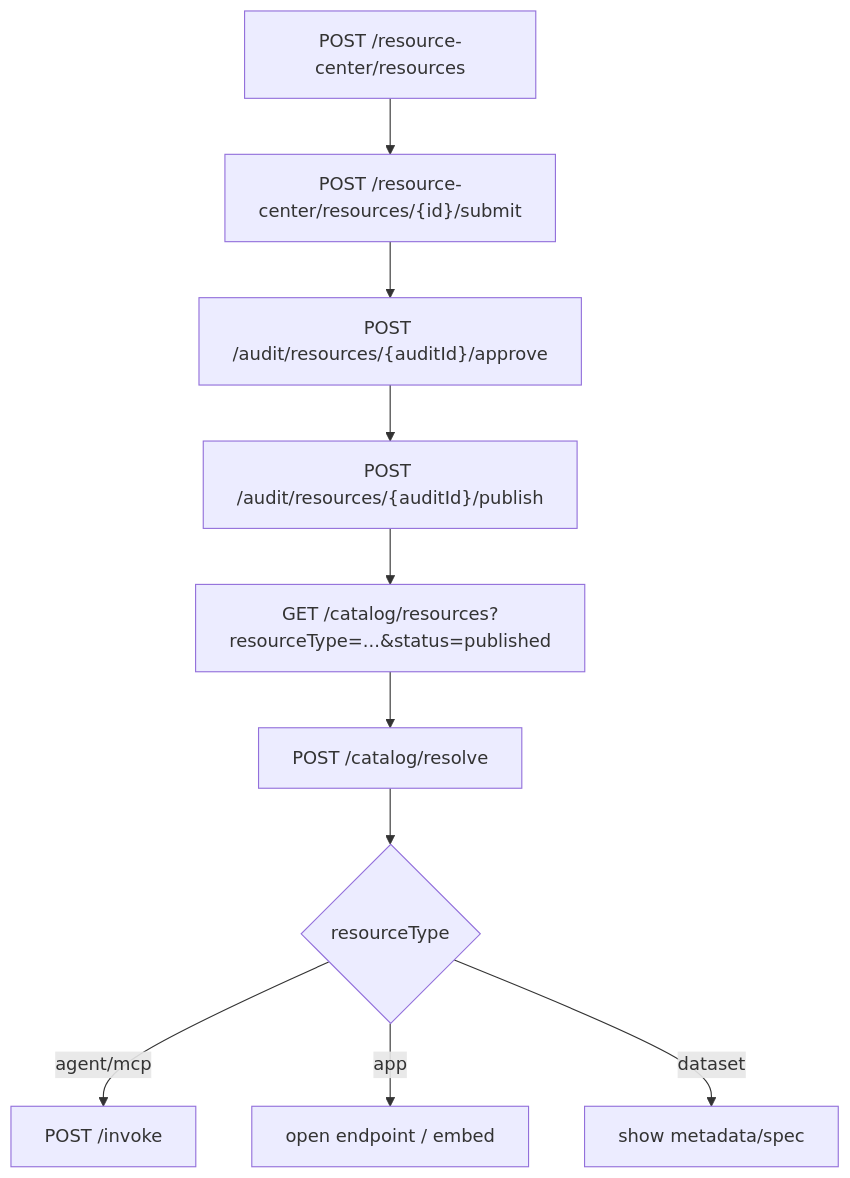
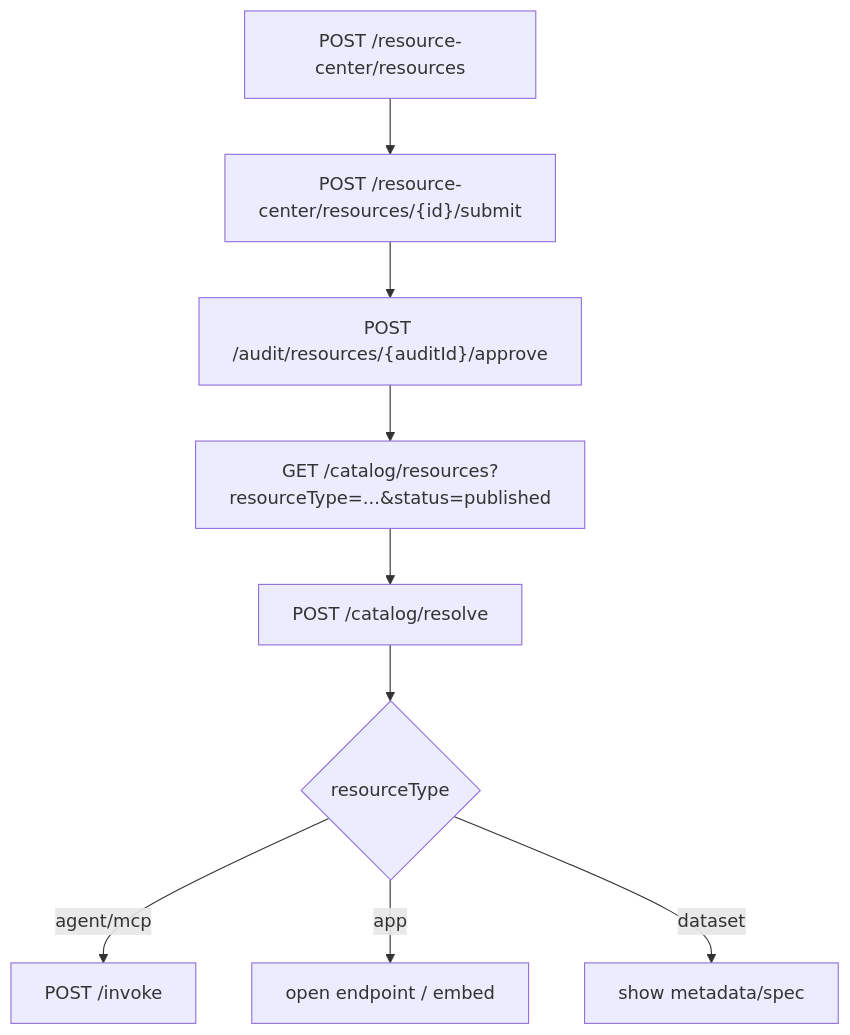
Before and after one commit to WangDiGua/LantuConnect-Backend: the third of 3 diagrams in docs/resource-registration-authorization-invocation-guide.md, drawn with Mermaid. The commit also changed other lines of this file and 45 other files, not shown here.

Commit message:
feat(backend): finalize lifecycle and usage activity flows

````diff
--- a/docs/resource-registration-authorization-invocation-guide.md
+++ b/docs/resource-registration-authorization-invocation-guide.md
@@ -289,12 +287,11 @@
 ```mermaid
 flowchart TD
     createRes["POST /resource-center/resources"] --> submitAudit["POST /resource-center/resources/{id}/submit"]
     submitAudit --> adminApprove["POST /audit/resources/{auditId}/approve"]
-    adminApprove --> adminPublish["POST /audit/resources/{auditId}/publish"]
-    adminPublish --> catalogList["GET /catalog/resources?resourceType=...&status=published"]
+    adminApprove --> catalogList["GET /catalog/resources?resourceType=...&status=published"]
     catalogList --> resolveRes["POST /catalog/resolve"]
     resolveRes --> useByType{"resourceType"}
     useByType -->|agent/mcp| invokeCall["POST /invoke"]
     useByType -->|app| openUrl["open endpoint / embed"]
     useByType -->|dataset| showMeta["show metadata/spec"]
 ```
````
